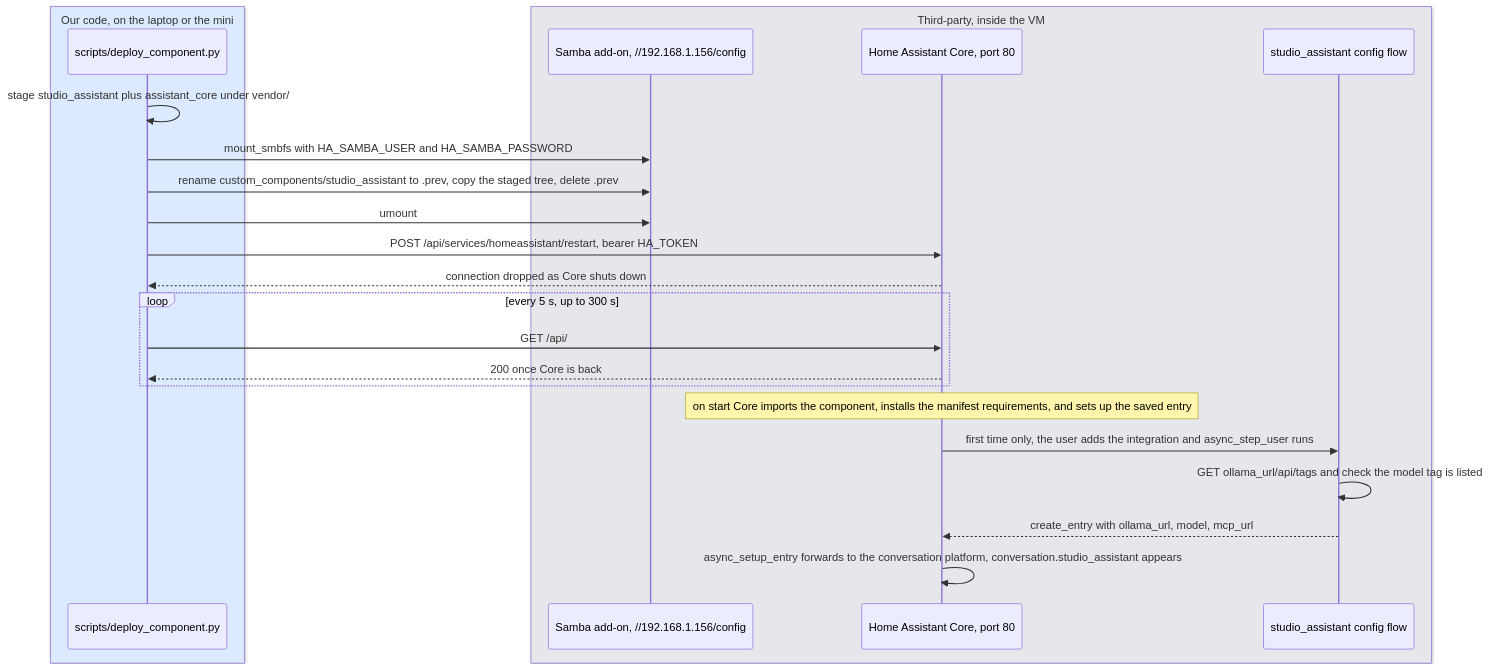
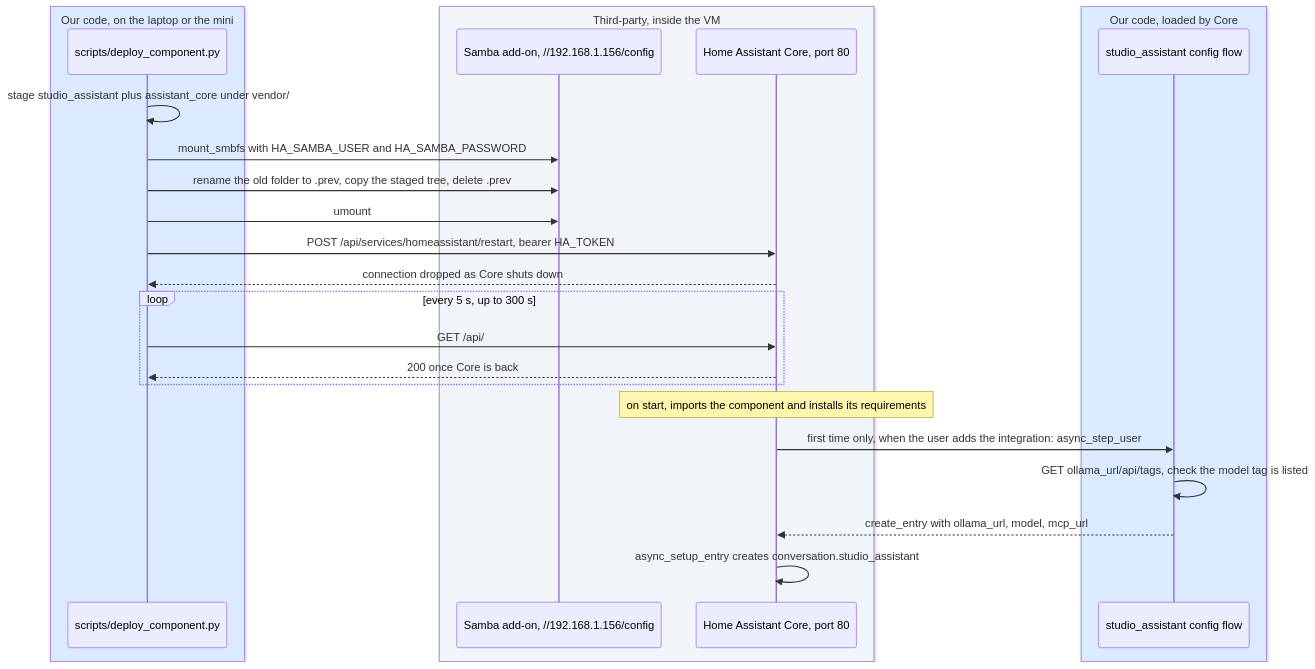
One commit to seanlin2000/home_assistant changed the fifth of 5 diagrams in operator_manual/06_home_assistant_core.md. Above: the diagram before and after it, drawn with Mermaid. The commit also changed other lines of this file and 33 other files, not shown here.

First line of the commit message:
Diagrams rendered at build time by ELK with a light theme, redrawn as layers; the manual becomes the Home Assistant Handbook

````diff
--- a/operator_manual/06_home_assistant_core.md
+++ b/operator_manual/06_home_assistant_core.md
@@ -200,26 +225,28 @@
 ```mermaid
 sequenceDiagram
     box rgb(219,234,254) Our code, on the laptop or the mini
         participant deploy as scripts/deploy_component.py
     end
-    box rgb(229,231,235) Third-party, inside the VM
+    box rgb(241,245,249) Third-party, inside the VM
         participant samba as Samba add-on, //192.168.1.156/config
         participant core as Home Assistant Core, port 80
+    end
+    box rgb(219,234,254) Our code, loaded by Core
         participant flow as studio_assistant config flow
     end
     deploy->>deploy: stage studio_assistant plus assistant_core under vendor/
     deploy->>samba: mount_smbfs with HA_SAMBA_USER and HA_SAMBA_PASSWORD
-    deploy->>samba: rename custom_components/studio_assistant to .prev, copy the staged tree, delete .prev
+    deploy->>samba: rename the old folder to .prev, copy the staged tree, delete .prev
     deploy->>samba: umount
     deploy->>core: POST /api/services/homeassistant/restart, bearer HA_TOKEN
     core-->>deploy: connection dropped as Core shuts down
     loop every 5 s, up to 300 s
         deploy->>core: GET /api/
         core-->>deploy: 200 once Core is back
     end
-    Note over core: on start Core imports the component, installs the manifest requirements, and sets up the saved entry
-    core->>flow: first time only, the user adds the integration and async_step_user runs
-    flow->>flow: GET ollama_url/api/tags and check the model tag is listed
+    Note over core: on start, imports the component and installs its requirements
+    core->>flow: first time only, when the user adds the integration: async_step_user
+    flow->>flow: GET ollama_url/api/tags, check the model tag is listed
     flow-->>core: create_entry with ollama_url, model, mcp_url
-    core->>core: async_setup_entry forwards to the conversation platform, conversation.studio_assistant appears
+    core->>core: async_setup_entry creates conversation.studio_assistant
 ```
````
